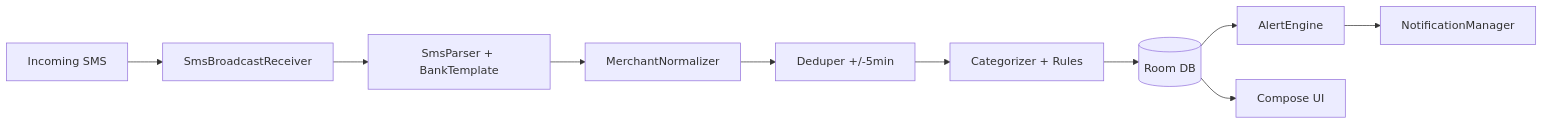
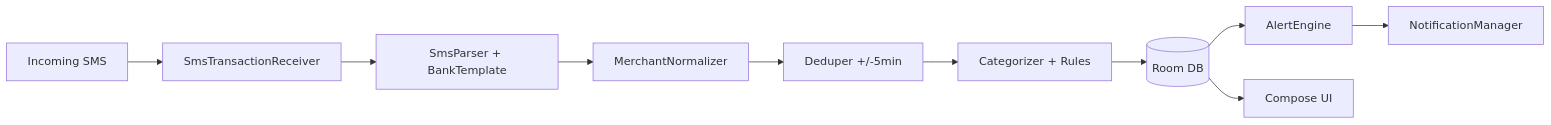
The diagram in ARCHITECTURE.md (anasAsh/expenses-android), drawn with Mermaid before and after one commit. The commit also changed other lines of this file and 7 other files, not shown here.

First line of the commit message:
docs: refresh architecture, PRD, tasks, and agent context

````diff
--- a/ARCHITECTURE.md
+++ b/ARCHITECTURE.md
@@ -55,12 +49,12 @@
 ```mermaid
 flowchart LR
-  SMS[Incoming SMS] --> Receiver[SmsBroadcastReceiver]
+  SMS[Incoming SMS] --> Receiver[SmsTransactionReceiver]
   Receiver --> Parser[SmsParser + BankTemplate]
   Parser --> Normalizer[MerchantNormalizer]
   Normalizer --> Deduper[Deduper +/-5min]
   Deduper --> Categorizer[Categorizer + Rules]
   Categorizer --> Repo[(Room DB)]
   Repo --> AlertEngine[AlertEngine]
   AlertEngine --> Notifs[NotificationManager]
   Repo --> UI[Compose UI]
 ```
````
